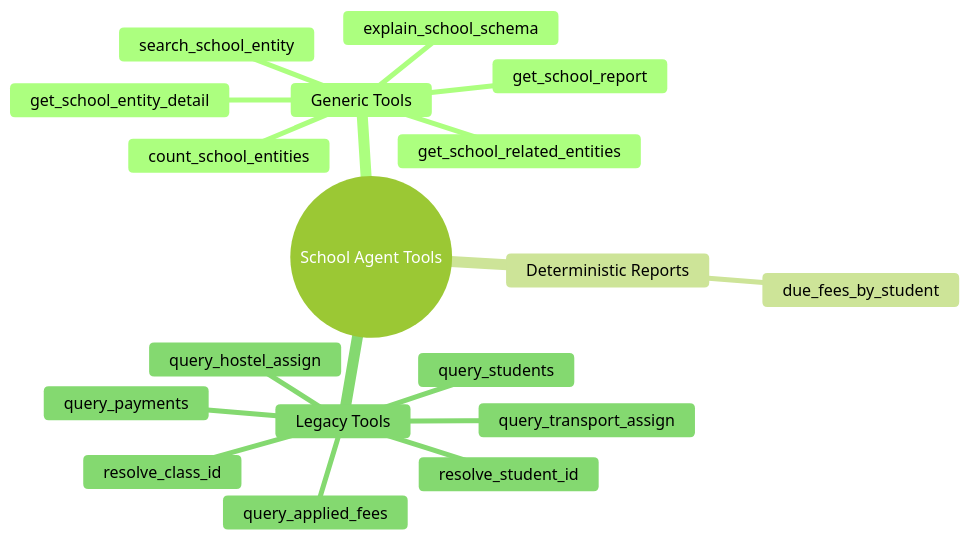
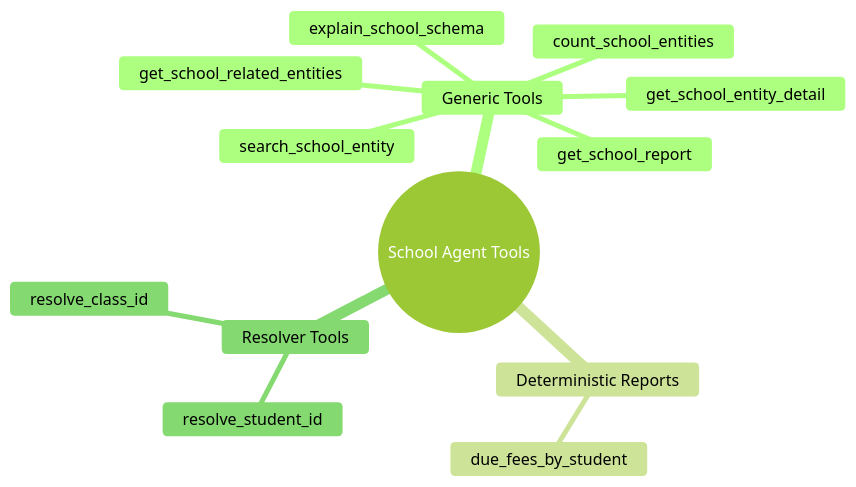
One commit to pawanm992002/AI_CHATBOT changed the third of 13 diagrams in schoolservice.md. Above: the diagram before and after it, drawn with Mermaid (forest theme). The commit also changed other lines of this file and 16 other files, not shown here.

````diff
--- a/schoolservice.md
+++ b/schoolservice.md
@@ -92,21 +92,16 @@
 ```mermaid
 mindmap
   root((School Agent Tools))
     Generic Tools
       search_school_entity
       get_school_entity_detail
       get_school_related_entities
       count_school_entities
       get_school_report
       explain_school_schema
     Deterministic Reports
       due_fees_by_student
-    Legacy Tools
-      query_students
-      query_applied_fees
-      query_payments
-      query_transport_assign
-      query_hostel_assign
+    Resolver Tools
       resolve_student_id
       resolve_class_id
 ```
````
